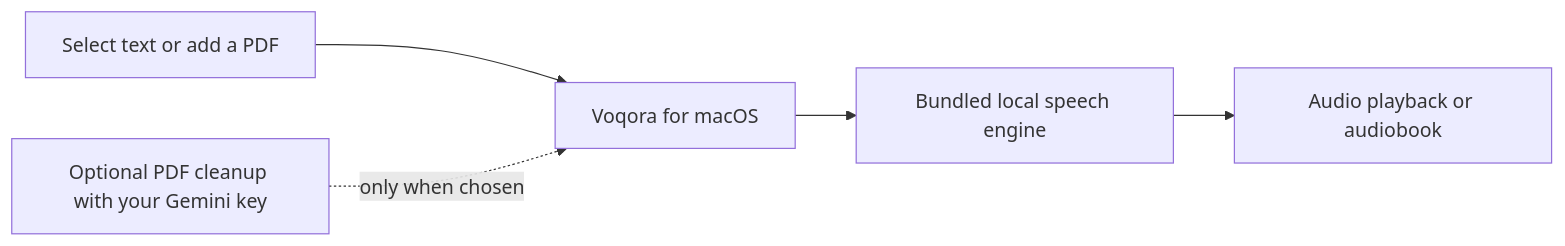
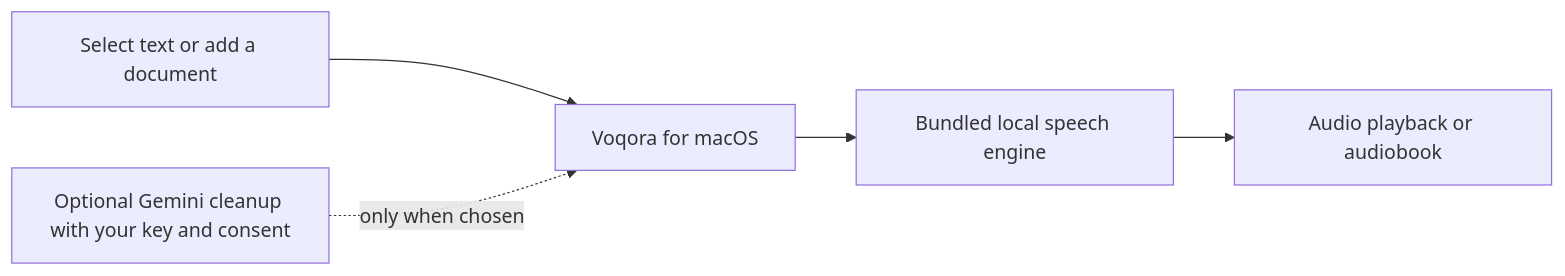
One commit to himudigonda/Voqora changed the diagram in README.md. Above: the diagram before and after it, drawn with Mermaid. The commit also changed other lines of this file and 118 other files, not shown here.

````diff
--- a/README.md
+++ b/README.md
@@ -54,7 +59,7 @@
 ```mermaid
 flowchart LR
-    A["Select text or add a PDF"] --> B["Voqora for macOS"]
+    A["Select text or add a document"] --> B["Voqora for macOS"]
     B --> C["Bundled local speech engine"]
     C --> D["Audio playback or audiobook"]
-    E["Optional PDF cleanup with your Gemini key"] -. only when chosen .-> B
+    E["Optional Gemini cleanup with your key and consent"] -. only when chosen .-> B
 ```
````
